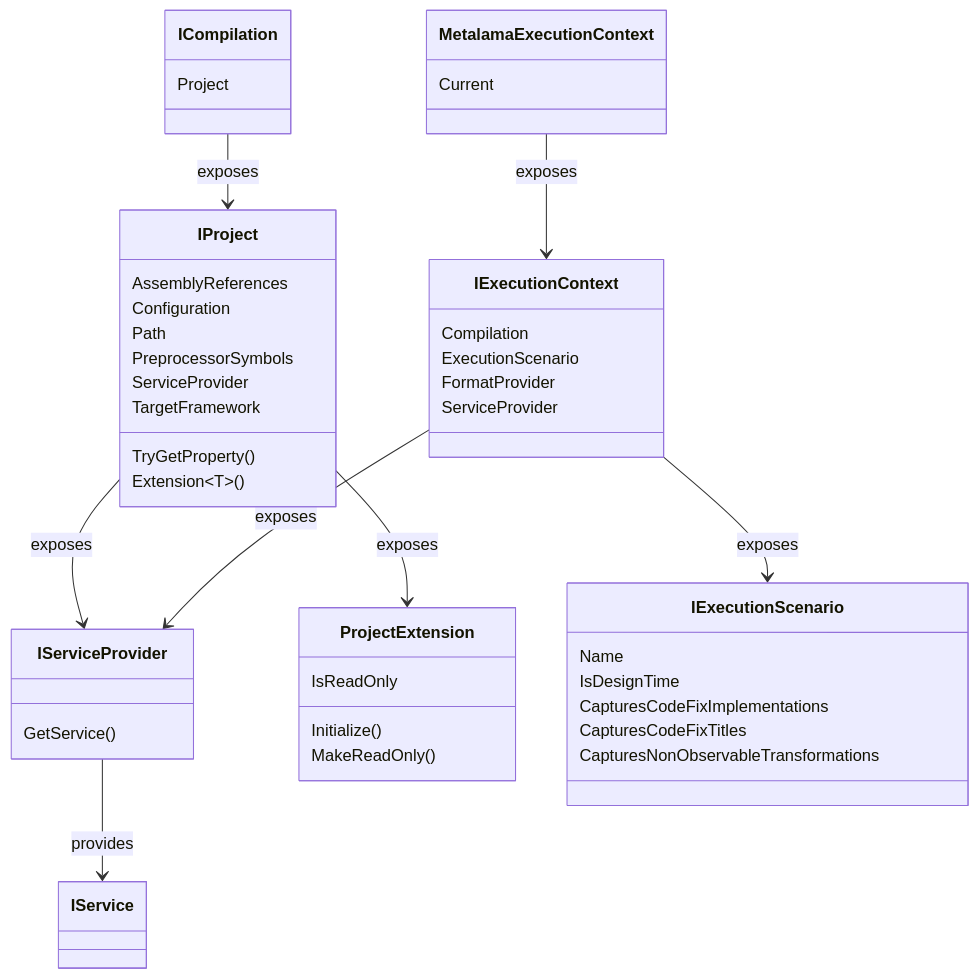
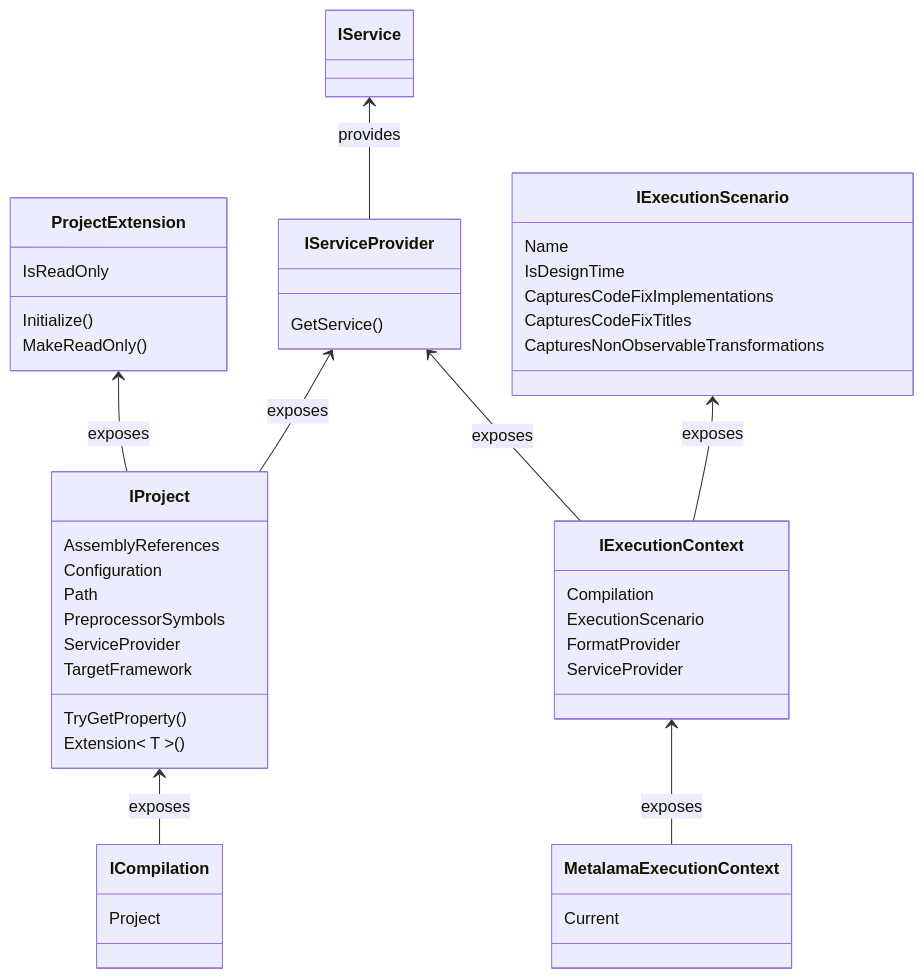
The diagram in docfx/namespaces/Metalama.Framework.Project.md (postsharp/Metalama.Documentation), drawn with Mermaid before and after one commit. The commit also changed 9 other files, not shown here.

Commit message:
Improved class diagrams

````diff
--- a/docfx/namespaces/Metalama.Framework.Project.md
+++ b/docfx/namespaces/Metalama.Framework.Project.md
@@ -22,60 +22,60 @@
 ```mermaid
 classDiagram
 
     class ICompilation {
         Project
     }
 
     class IProject {
         AssemblyReferences
         Configuration
         Path
         PreprocessorSymbols
         ServiceProvider
         TargetFramework
         TryGetProperty()
-        Extension~T~()
+        Extension< T >()
     }
 
     class IExecutionContext {
         Compilation
         ExecutionScenario
         FormatProvider
         ServiceProvider
     }
 
     class MetalamaExecutionContext {
         Current
     }
 
+    class ProjectExtension {
+        IsReadOnly
+        Initialize()
+        MakeReadOnly()
+    }
+
     class IServiceProvider {
         GetService()
     }
 
     class IService {
 
-    }
-
-    class ProjectExtension {
-        IsReadOnly
-        Initialize()
-        MakeReadOnly()
     }
 
     class IExecutionScenario {
         Name
         IsDesignTime
         CapturesCodeFixImplementations
         CapturesCodeFixTitles
         CapturesNonObservableTransformations	
     }
 
-    ICompilation --> IProject : exposes
-    IProject --> IServiceProvider: exposes
-    IProject --> ProjectExtension: exposes
-    MetalamaExecutionContext --> IExecutionContext : exposes
-    IExecutionContext --> IServiceProvider: exposes
-    IExecutionContext --> IExecutionScenario: exposes
-    IServiceProvider --> IService: provides
+    IProject <-- ICompilation : exposes
+    IServiceProvider <-- IProject: exposes
+    ProjectExtension <-- IProject: exposes
+    IExecutionContext <-- MetalamaExecutionContext : exposes
+    IServiceProvider <-- IExecutionContext: exposes
+    IExecutionScenario <-- IExecutionContext: exposes
+    IService <-- IServiceProvider: provides
 
 ```
````
